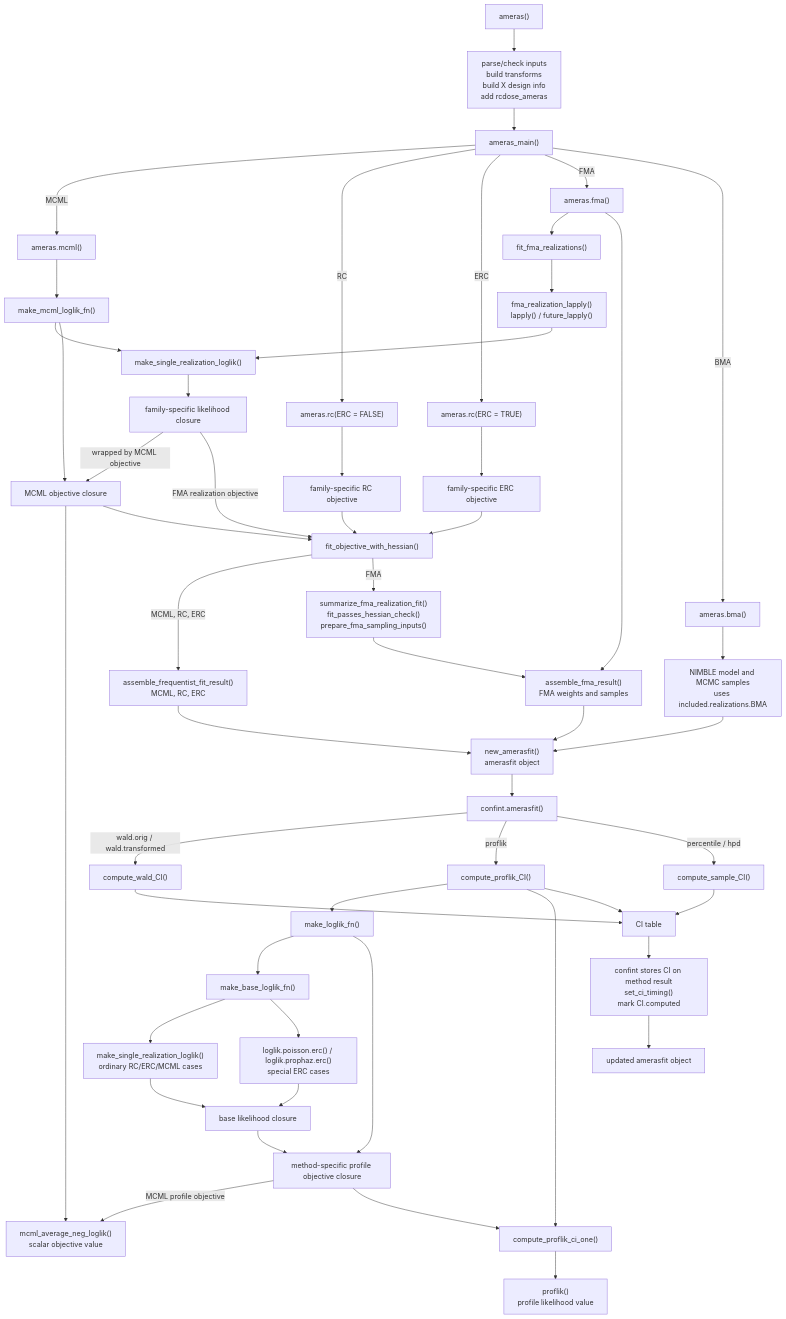
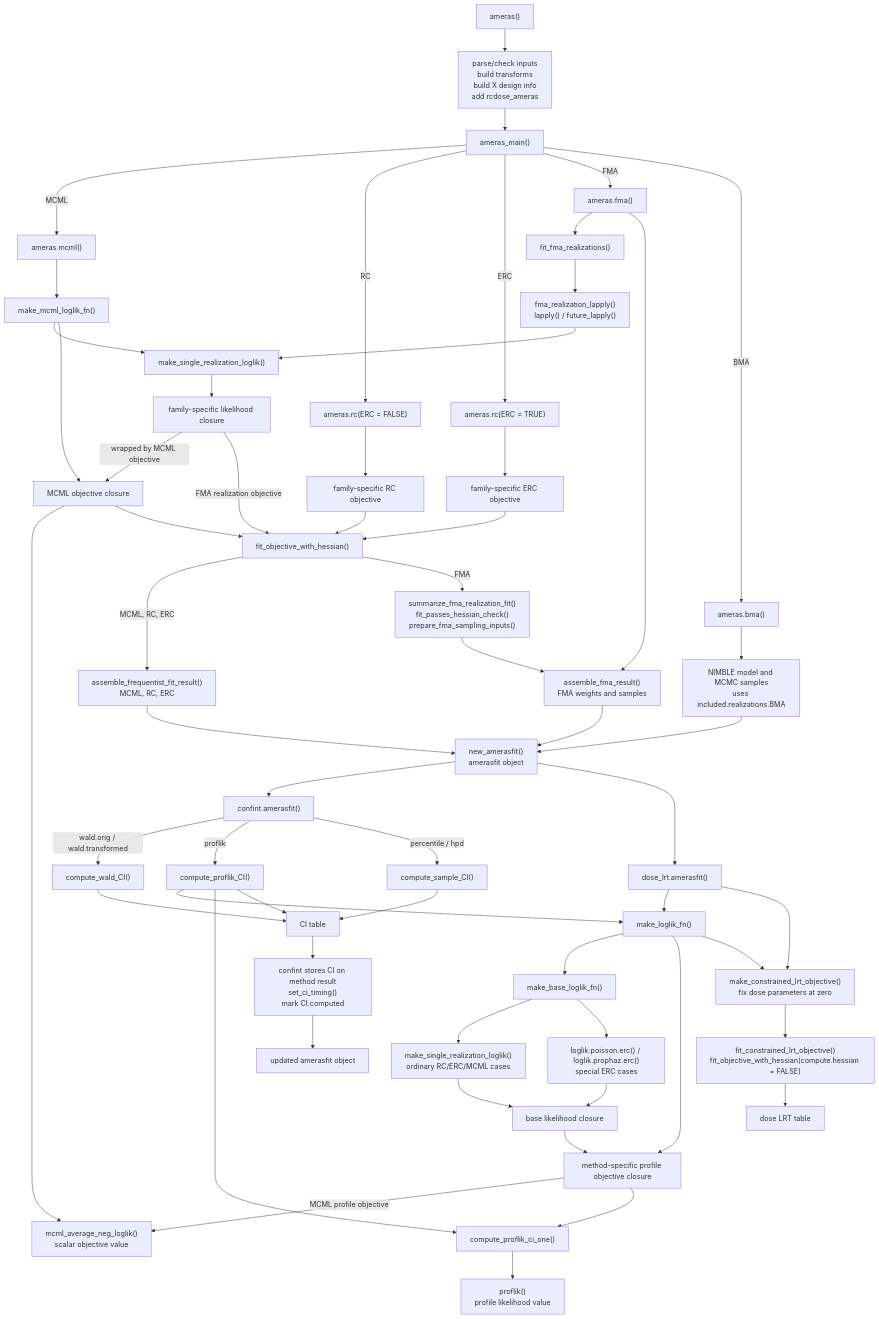
Before and after one commit to sanderroberti/ameras: the diagram in developer-notes/helper-flow.md, drawn with Mermaid. The commit also changed other lines of this file and 7 other files, not shown here.

````diff
--- a/developer-notes/helper-flow.md
+++ b/developer-notes/helper-flow.md
@@ -9,63 +9,69 @@
 ```mermaid
 flowchart TD
   A["ameras()"] --> B["parse/check inputs<br/>build transforms<br/>build X design info<br/>add rcdose_ameras"]
   B --> C["ameras_main()"]
 
   C -->|MCML| D["ameras.mcml()"]
   C -->|RC| E["ameras.rc(ERC = FALSE)"]
   C -->|ERC| F["ameras.rc(ERC = TRUE)"]
   C -->|FMA| G["ameras.fma()"]
   C -->|BMA| H["ameras.bma()"]
 
   D --> I["make_mcml_loglik_fn()"]
   I --> J["make_single_realization_loglik()"]
   J --> JA["family-specific likelihood closure"]
   I --> JB["MCML objective closure"]
   JA -->|wrapped by MCML objective| JB
   JB --> AB["mcml_average_neg_loglik()<br/>scalar objective value"]
   JB --> N["fit_objective_with_hessian()"]
 
   E --> K["family-specific RC objective"]
   F --> L["family-specific ERC objective"]
   K --> N
   L --> N
 
   G --> M["fit_fma_realizations()"]
   M --> ML["fma_realization_lapply()<br/>lapply() / future_lapply()"]
   ML --> J
   JA -->|FMA realization objective| N
 
   N -->|MCML, RC, ERC| O["assemble_frequentist_fit_result()<br/>MCML, RC, ERC"]
   N -->|FMA| P["summarize_fma_realization_fit()<br/>fit_passes_hessian_check()<br/>prepare_fma_sampling_inputs()"]
 
   G --> Q["assemble_fma_result()<br/>FMA weights and samples"]
   P --> Q
   H --> R["NIMBLE model and MCMC samples<br/>uses included.realizations.BMA"]
 
   O --> S["new_amerasfit()<br/>amerasfit object"]
   Q --> S
   R --> S
 
   S --> T["confint.amerasfit()"]
+  S --> AJ["dose_lrt.amerasfit()"]
   T -->|wald.orig / wald.transformed| U["compute_wald_CI()"]
   T -->|proflik| V["compute_proflik_CI()"]
   T -->|percentile / hpd| W["compute_sample_CI()"]
 
   V --> X["make_loglik_fn()"]
+  AJ --> X
   X --> Y["make_base_loglik_fn()"]
   Y --> Z["make_single_realization_loglik()<br/>ordinary RC/ERC/MCML cases"]
   Y --> AA["loglik.poisson.erc() / loglik.prophaz.erc()<br/>special ERC cases"]
   Z --> AE["base likelihood closure"]
   AA --> AE
   X --> AF["method-specific profile objective closure"]
   AE --> AF
   AF -->|MCML profile objective| AB
   AF --> AC["compute_proflik_ci_one()"]
   V --> AC
   AC --> AD["proflik()<br/>profile likelihood value"]
+  AJ --> AK["make_constrained_lrt_objective()<br/>fix dose parameters at zero"]
+  X --> AK
+  AK --> AL["fit_constrained_lrt_objective()<br/>fit_objective_with_hessian(compute.hessian = FALSE)"]
+  AL --> AM["dose LRT table"]
   U --> AG["CI table"]
   V --> AG
   W --> AG
   AG --> AH["confint stores CI on method result<br/>set_ci_timing()<br/>mark CI.computed"]
   AH --> AI["updated amerasfit object"]
 ```
````
